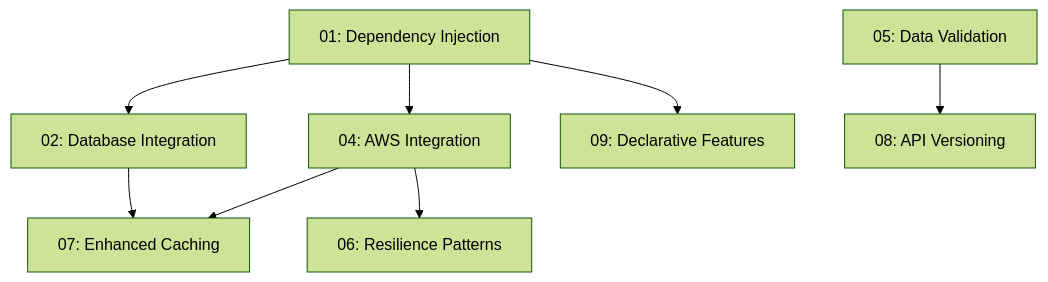
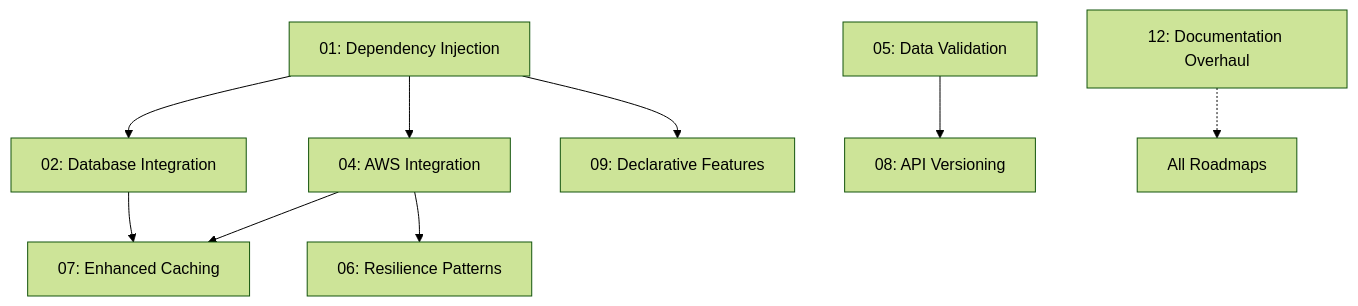
One commit to Evan-Coleman/Navius changed the diagram in docs/roadmaps/README.md. Above: the diagram before and after it, drawn with Mermaid (forest theme). The commit also changed other lines of this file and 5 other files, not shown here.

````diff
--- a/docs/roadmaps/README.md
+++ b/docs/roadmaps/README.md
@@ -84,10 +94,11 @@
 ```mermaid
 graph TD
     DI[01: Dependency Injection] --> DB[02: Database Integration]
     DI --> AWS[04: AWS Integration]
     DB --> Cache[07: Enhanced Caching]
     AWS --> Cache
     DI --> Decl[09: Declarative Features]
     Val[05: Data Validation] --> API[08: API Versioning]
     AWS --> Res[06: Resilience Patterns]
+    Doc[12: Documentation Overhaul] -.-> All[All Roadmaps]
 ```
````
